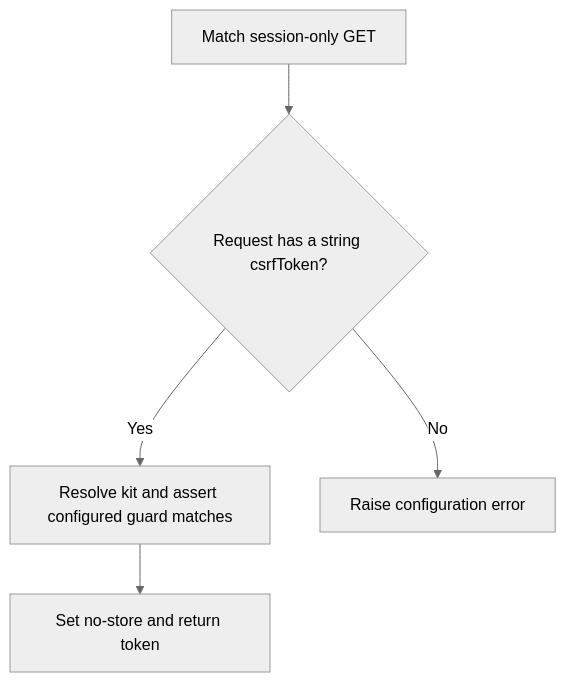
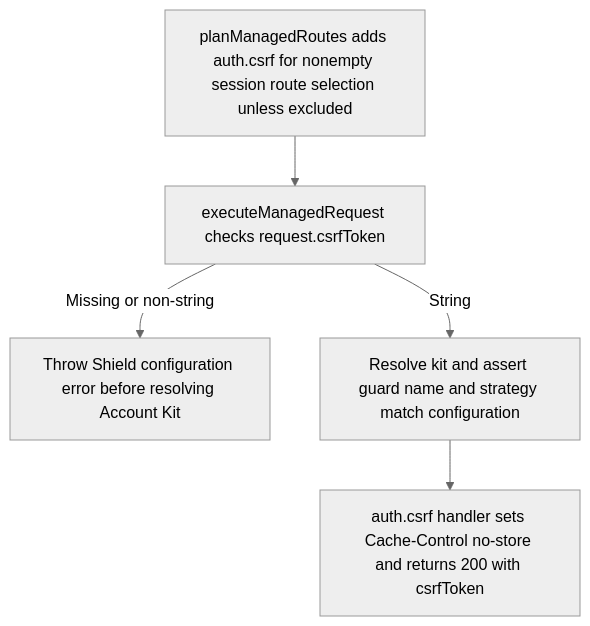
The second of 2 diagrams in user-stories/US-ACCOUNT-61-obtain-session-csrf-token.md (Kevinjohn/oss-adonisjs-account-kit), drawn with Mermaid (neutral theme) before and after one commit. The commit also changed other lines of this file and 70 other files, not shown here.

Commit message:
Refresh the Account Kit user story catalogue for 0.6.0

````diff
--- a/user-stories/US-ACCOUNT-61-obtain-session-csrf-token.md
+++ b/user-stories/US-ACCOUNT-61-obtain-session-csrf-token.md
@@ -33,7 +33,7 @@
 ```mermaid
 flowchart TD
-    A["Match session-only GET"] --> B{"Request has a string csrfToken?"}
-    B -->|Yes| E["Resolve kit and assert configured guard matches"]
-    E --> C["Set no-store and return token"]
-    B -->|No| D["Raise configuration error"]
+  A["planManagedRoutes adds auth.csrf for nonempty session route selection unless excluded"] --> B["executeManagedRequest checks request.csrfToken"]
+  B -->|Missing or non-string| D["Throw Shield configuration error before resolving Account Kit"]
+  B -->|String| E["Resolve kit and assert guard name and strategy match configuration"]
+  E --> C["auth.csrf handler sets Cache-Control no-store and returns 200 with csrfToken"]
 ```
````
